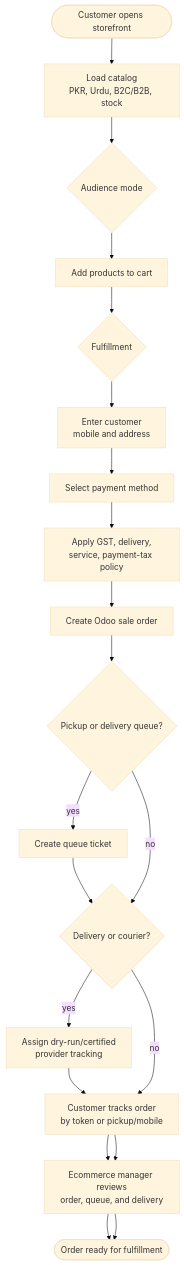
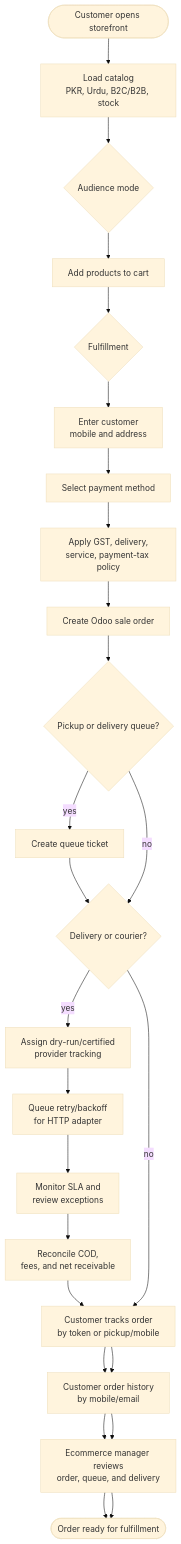
The eighth of 14 diagrams in docs/DIAGRAMS.md (adeelarshad414/tijara-suite), drawn with Mermaid (base theme) before and after one commit. The commit also changed other lines of this file and 38 other files, not shown here.

````diff
--- a/docs/DIAGRAMS.md
+++ b/docs/DIAGRAMS.md
@@ -367,27 +393,31 @@
 ```mermaid
 flowchart TD
     Open(["Customer opens storefront"])
     Catalog["Load catalog\nPKR, Urdu, B2C/B2B, stock"]
     Audience{"Audience mode"}
     Cart["Add products to cart"]
     Fulfillment{"Fulfillment"}
     Customer["Enter customer\nmobile and address"]
     Payment["Select payment method"]
     Policy["Apply GST, delivery,\nservice, payment-tax policy"]
     CreateSO["Create Odoo sale order"]
     Queue{"Pickup or delivery queue?"}
     Ticket["Create queue ticket"]
     Provider{"Delivery or courier?"}
     Shipment["Assign dry-run/certified\nprovider tracking"]
+    Retry["Queue retry/backoff\nfor HTTP adapter"]
+    Exception["Monitor SLA and\nreview exceptions"]
+    Reconcile["Reconcile COD,\nfees, and net receivable"]
     Track["Customer tracks order\nby token or pickup/mobile"]
+    History["Customer order history\nby mobile/email"]
     Review["Ecommerce manager reviews\norder, queue, and delivery"]
     Done(["Order ready for fulfillment"])
 
     Open --> Catalog --> Audience
     Audience --> Cart --> Fulfillment --> Customer --> Payment --> Policy --> CreateSO
     CreateSO --> Queue
     Queue -- yes --> Ticket --> Provider
     Queue -- no --> Provider
-    Provider -- yes --> Shipment --> Track --> Review --> Done
-    Provider -- no --> Track --> Review --> Done
+    Provider -- yes --> Shipment --> Retry --> Exception --> Reconcile --> Track --> History --> Review --> Done
+    Provider -- no --> Track --> History --> Review --> Done
 ```
````
